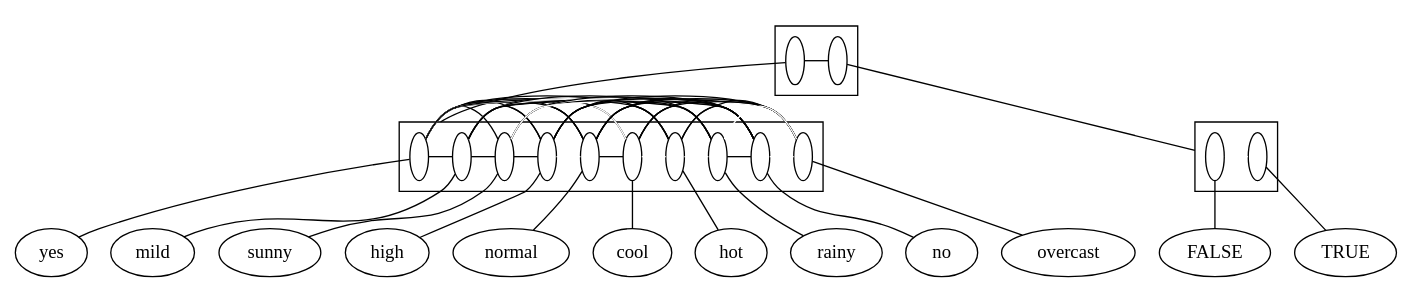
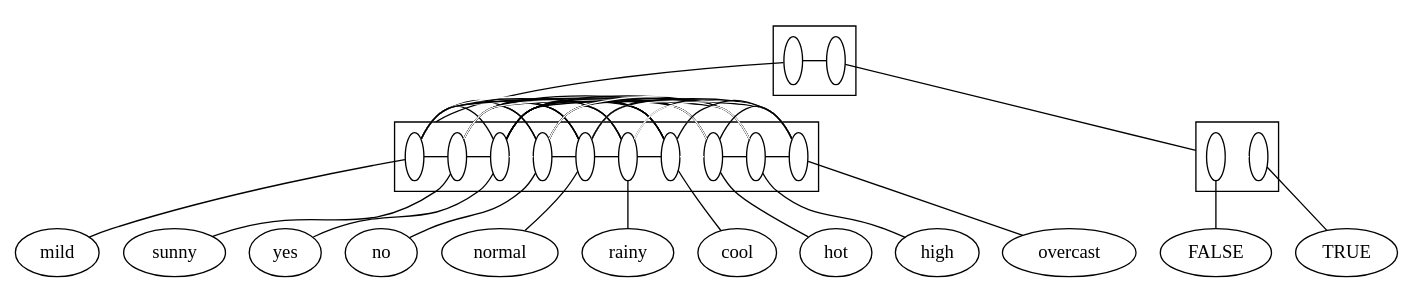
One commit to lrodrin/TFG changed the diagram in src/final/plain2-structure.dot. Above: the diagram before and after it, drawn with Graphviz. The commit also changed 16 other files, not shown here.

```diff
--- a/src/final/plain2-structure.dot
+++ b/src/final/plain2-structure.dot
@@ -1,111 +1,111 @@
 digraph G {
 compound=True;
-yes;
 mild;
 sunny;
-high;
+yes;
+no;
 normal;
+rainy;
 cool;
 hot;
-rainy;
-no;
+high;
 overcast;
 FALSE;
 TRUE;
-subgraph cluster_rainynormalhotmildTRUEnocoolhighFALSEyesovercastsunny {
-s_rainynormalhotmildcoolhighnoyesovercastsunny [fillcolor=white, width=0.2, label=" ", fixedsize=True];
-s_TRUEFALSE [fillcolor=white, width=0.2, label=" ", fixedsize=True];
+subgraph cluster_TRUEovercastcoolsunnyFALSEnormalhighhotnorainymildyes {
+s_overcastcoolsunnyhighnormalhotnorainymildyes [width=0.2, label=" ", fixedsize=True, fillcolor=white];
+s_FALSETRUE [width=0.2, label=" ", fixedsize=True, fillcolor=white];
 subgraph  {
 rank=same;
-s_rainynormalhotmildcoolhighnoyesovercastsunny -> s_TRUEFALSE  [color=black, arrowhead=none];
+s_overcastcoolsunnyhighnormalhotnorainymildyes -> s_FALSETRUE  [color=black, arrowhead=none];
 }
 
 }
 
-subgraph cluster_rainynormalhotmildcoolhighnoyesovercastsunny {
-s_yes [fillcolor=white, width=0.2, label=" ", fixedsize=True];
-s_mild [fillcolor=white, width=0.2, label=" ", fixedsize=True];
-s_sunny [fillcolor=white, width=0.2, label=" ", fixedsize=True];
-s_high [fillcolor=white, width=0.2, label=" ", fixedsize=True];
-s_normal [fillcolor=white, width=0.2, label=" ", fixedsize=True];
-s_cool [fillcolor=white, width=0.2, label=" ", fixedsize=True];
-s_hot [fillcolor=white, width=0.2, label=" ", fixedsize=True];
-s_rainy [fillcolor=white, width=0.2, label=" ", fixedsize=True];
-s_no [fillcolor=white, width=0.2, label=" ", fixedsize=True];
-s_overcast [fillcolor=white, width=0.2, label=" ", fixedsize=True];
+subgraph cluster_overcastcoolsunnyhighnormalhotnorainymildyes {
+s_mild [width=0.2, label=" ", fixedsize=True, fillcolor=white];
+s_sunny [width=0.2, label=" ", fixedsize=True, fillcolor=white];
+s_yes [width=0.2, label=" ", fixedsize=True, fillcolor=white];
+s_no [width=0.2, label=" ", fixedsize=True, fillcolor=white];
+s_normal [width=0.2, label=" ", fixedsize=True, fillcolor=white];
+s_rainy [width=0.2, label=" ", fixedsize=True, fillcolor=white];
+s_cool [width=0.2, label=" ", fixedsize=True, fillcolor=white];
+s_hot [width=0.2, label=" ", fixedsize=True, fillcolor=white];
+s_high [width=0.2, label=" ", fixedsize=True, fillcolor=white];
+s_overcast [width=0.2, label=" ", fixedsize=True, fillcolor=white];
 subgraph  {
 rank=same;
-s_yes -> s_mild  [color=black, arrowhead=none];
-s_yes -> s_sunny  [color=black, arrowhead=none];
-s_yes -> s_high  [color=black, arrowhead=none];
+s_mild -> s_sunny  [color=black, arrowhead=none];
+s_mild -> s_yes  [color=black, arrowhead=none];
+s_mild -> s_no  [color=black, arrowhead=none];
+s_mild -> s_normal  [color=black, arrowhead=none];
+s_mild -> s_rainy  [color=black, arrowhead=none];
+s_mild -> s_cool  [color=white, arrowhead=none];
+s_mild -> s_hot  [color=white, arrowhead=none];
+s_mild -> s_high  [color=black, arrowhead=none];
+s_mild -> s_overcast  [color=black, arrowhead=none];
+s_sunny -> s_yes  [color=black, arrowhead=none];
+s_sunny -> s_no  [color=black, arrowhead=none];
+s_sunny -> s_normal  [color=black, arrowhead=none];
+s_sunny -> s_rainy  [color=white, arrowhead=none];
+s_sunny -> s_cool  [color=black, arrowhead=none];
+s_sunny -> s_hot  [color=black, arrowhead=none];
+s_sunny -> s_high  [color=black, arrowhead=none];
+s_sunny -> s_overcast  [color=white, arrowhead=none];
+s_yes -> s_no  [color=white, arrowhead=none];
 s_yes -> s_normal  [color=black, arrowhead=none];
+s_yes -> s_rainy  [color=black, arrowhead=none];
 s_yes -> s_cool  [color=black, arrowhead=none];
 s_yes -> s_hot  [color=black, arrowhead=none];
-s_yes -> s_rainy  [color=black, arrowhead=none];
-s_yes -> s_no  [color=white, arrowhead=none];
+s_yes -> s_high  [color=black, arrowhead=none];
 s_yes -> s_overcast  [color=black, arrowhead=none];
-s_mild -> s_sunny  [color=black, arrowhead=none];
-s_mild -> s_high  [color=black, arrowhead=none];
-s_mild -> s_normal  [color=black, arrowhead=none];
-s_mild -> s_cool  [color=white, arrowhead=none];
-s_mild -> s_hot  [color=white, arrowhead=none];
-s_mild -> s_rainy  [color=black, arrowhead=none];
-s_mild -> s_no  [color=black, arrowhead=none];
-s_mild -> s_overcast  [color=black, arrowhead=none];
-s_sunny -> s_high  [color=black, arrowhead=none];
-s_sunny -> s_normal  [color=black, arrowhead=none];
-s_sunny -> s_cool  [color=black, arrowhead=none];
-s_sunny -> s_hot  [color=black, arrowhead=none];
-s_sunny -> s_rainy  [color=white, arrowhead=none];
-s_sunny -> s_no  [color=black, arrowhead=none];
-s_sunny -> s_overcast  [color=white, arrowhead=none];
-s_high -> s_normal  [color=white, arrowhead=none];
-s_high -> s_cool  [color=white, arrowhead=none];
-s_high -> s_hot  [color=black, arrowhead=none];
-s_high -> s_rainy  [color=black, arrowhead=none];
-s_high -> s_no  [color=black, arrowhead=none];
-s_high -> s_overcast  [color=black, arrowhead=none];
+s_no -> s_normal  [color=black, arrowhead=none];
+s_no -> s_rainy  [color=black, arrowhead=none];
+s_no -> s_cool  [color=black, arrowhead=none];
+s_no -> s_hot  [color=black, arrowhead=none];
+s_no -> s_high  [color=black, arrowhead=none];
+s_no -> s_overcast  [color=white, arrowhead=none];
+s_normal -> s_rainy  [color=black, arrowhead=none];
 s_normal -> s_cool  [color=black, arrowhead=none];
 s_normal -> s_hot  [color=black, arrowhead=none];
-s_normal -> s_rainy  [color=black, arrowhead=none];
-s_normal -> s_no  [color=black, arrowhead=none];
+s_normal -> s_high  [color=white, arrowhead=none];
 s_normal -> s_overcast  [color=black, arrowhead=none];
+s_rainy -> s_cool  [color=black, arrowhead=none];
+s_rainy -> s_hot  [color=white, arrowhead=none];
+s_rainy -> s_high  [color=black, arrowhead=none];
+s_rainy -> s_overcast  [color=white, arrowhead=none];
 s_cool -> s_hot  [color=white, arrowhead=none];
-s_cool -> s_rainy  [color=black, arrowhead=none];
-s_cool -> s_no  [color=black, arrowhead=none];
+s_cool -> s_high  [color=white, arrowhead=none];
 s_cool -> s_overcast  [color=black, arrowhead=none];
-s_hot -> s_rainy  [color=white, arrowhead=none];
-s_hot -> s_no  [color=black, arrowhead=none];
+s_hot -> s_high  [color=black, arrowhead=none];
 s_hot -> s_overcast  [color=black, arrowhead=none];
-s_rainy -> s_no  [color=black, arrowhead=none];
-s_rainy -> s_overcast  [color=white, arrowhead=none];
-s_no -> s_overcast  [color=white, arrowhead=none];
+s_high -> s_overcast  [color=black, arrowhead=none];
 }
 
 }
 
-subgraph cluster_TRUEFALSE {
-s_FALSE [fillcolor=white, width=0.2, label=" ", fixedsize=True];
-s_TRUE [fillcolor=white, width=0.2, label=" ", fixedsize=True];
+subgraph cluster_FALSETRUE {
+s_FALSE [width=0.2, label=" ", fixedsize=True, fillcolor=white];
+s_TRUE [width=0.2, label=" ", fixedsize=True, fillcolor=white];
 subgraph  {
 rank=same;
 s_FALSE -> s_TRUE  [color=white, arrowhead=none];
 }
 
 }
 
-s_yes -> yes  [arrowhead=none];
 s_mild -> mild  [arrowhead=none];
 s_sunny -> sunny  [arrowhead=none];
-s_high -> high  [arrowhead=none];
+s_yes -> yes  [arrowhead=none];
+s_no -> no  [arrowhead=none];
 s_normal -> normal  [arrowhead=none];
+s_rainy -> rainy  [arrowhead=none];
 s_cool -> cool  [arrowhead=none];
 s_hot -> hot  [arrowhead=none];
-s_rainy -> rainy  [arrowhead=none];
-s_no -> no  [arrowhead=none];
+s_high -> high  [arrowhead=none];
 s_overcast -> overcast  [arrowhead=none];
 s_FALSE -> FALSE  [arrowhead=none];
 s_TRUE -> TRUE  [arrowhead=none];
-s_rainynormalhotmildcoolhighnoyesovercastsunny -> s_yes  [lhead=cluster_rainynormalhotmildcoolhighnoyesovercastsunny, arrowhead=none];
-s_TRUEFALSE -> s_FALSE  [lhead=cluster_TRUEFALSE, arrowhead=none];
+s_overcastcoolsunnyhighnormalhotnorainymildyes -> s_mild  [lhead=cluster_overcastcoolsunnyhighnormalhotnorainymildyes, arrowhead=none];
+s_FALSETRUE -> s_FALSE  [lhead=cluster_FALSETRUE, arrowhead=none];
 }
```
